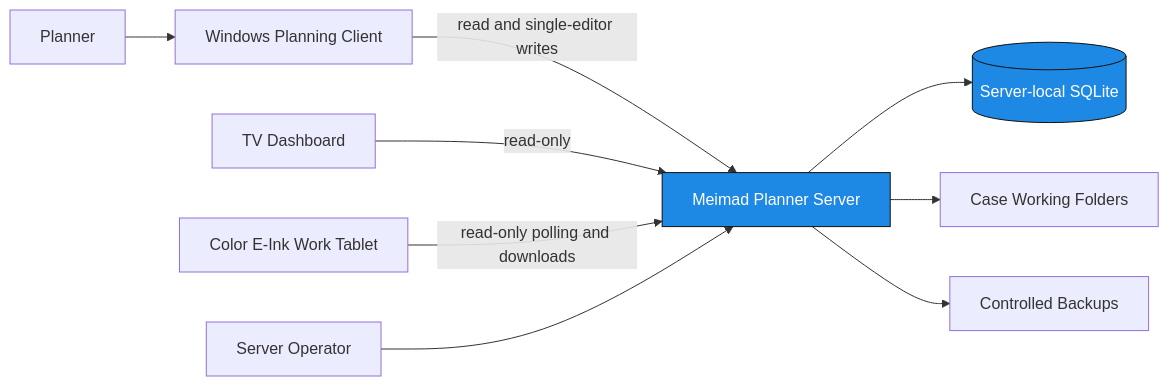
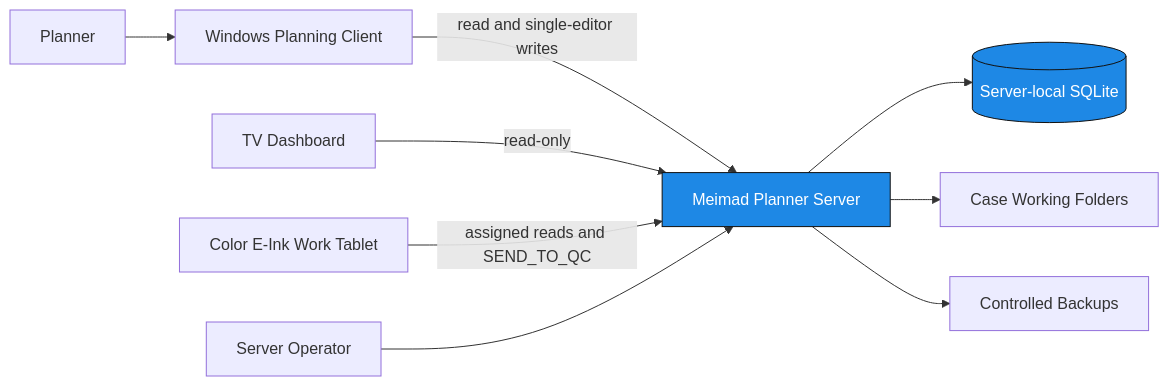
The first of 7 diagrams in docs/architecture.md (Mihavin/Meimad-ProductionPlanner), drawn with Mermaid before and after one commit. The commit also changed other lines of this file and 18 other files, not shown here.

````diff
--- a/docs/architecture.md
+++ b/docs/architecture.md
@@ -28,14 +28,14 @@
 ```mermaid
 flowchart LR
     Planner[Planner] --> Windows[Windows Planning Client]
     Windows -->|read and single-editor writes| Server[Meimad Planner Server]
     Server --> SQLite[(Server-local SQLite)]
     Server --> CaseFolders[Case Working Folders]
     Server --> Backup[Controlled Backups]
     TV[TV Dashboard] -->|read-only| Server
-    Tablet[Color E-Ink Work Tablet] -->|read-only polling and downloads| Server
+    Tablet[Color E-Ink Work Tablet] -->|assigned reads and SEND_TO_QC| Server
     Operator[Server Operator] --> Server
 
     classDef authority fill:#1E88E5,color:#fff,stroke:#111;
     class Server,SQLite authority;
 ```
````
